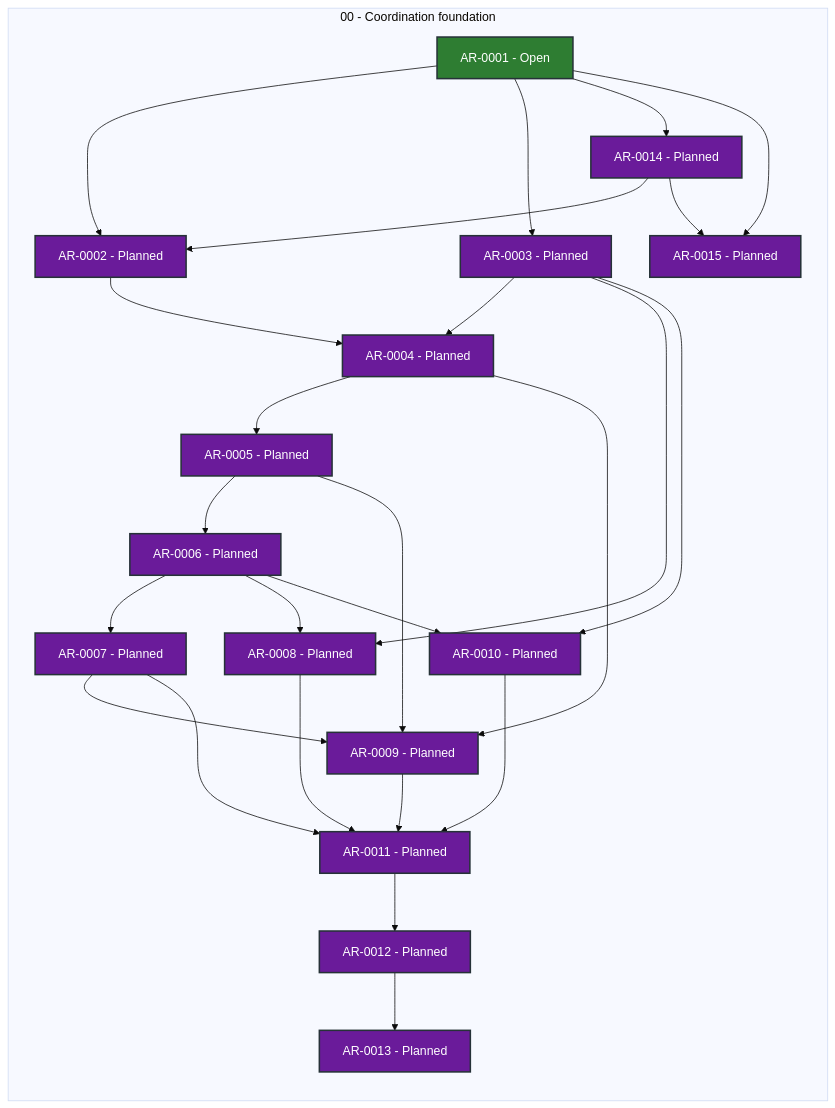
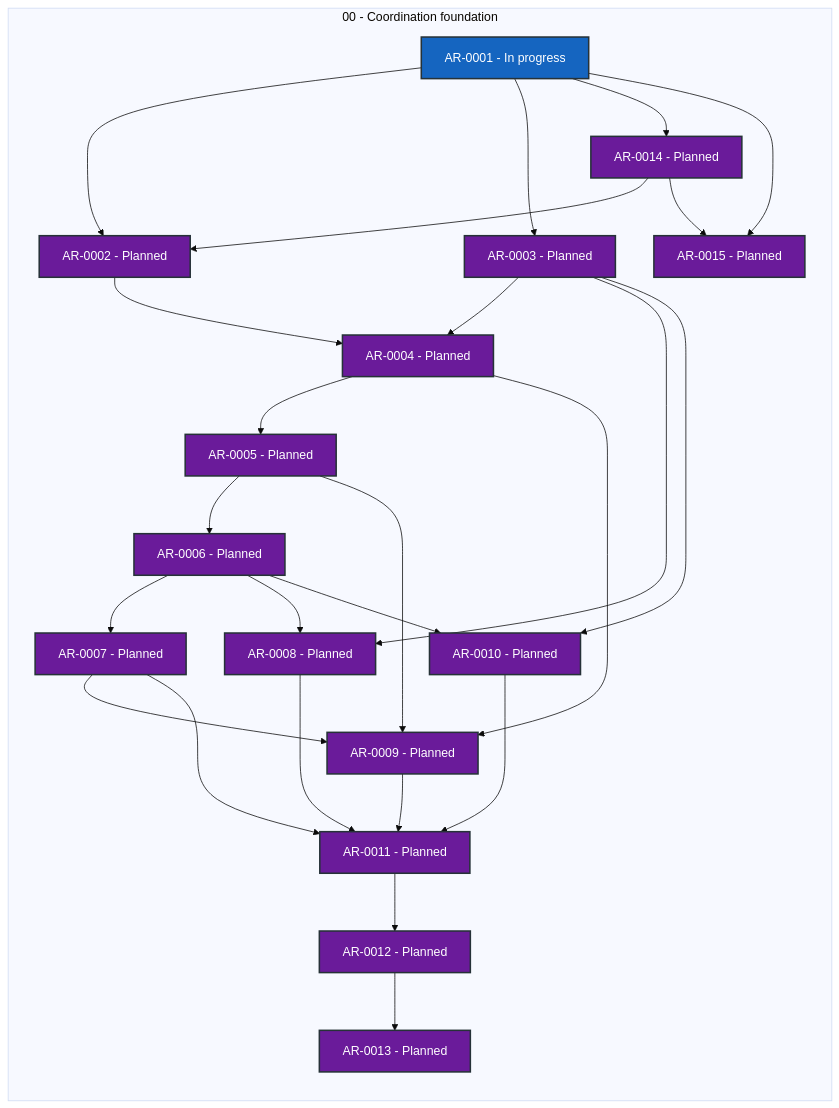
Before and after one commit to martin-beck/agent-workflow-tui-state: the diagram in STATUS.md, drawn with Mermaid (base theme). The commit also changed other lines of this file and 2 other files, not shown here.

````diff
--- a/STATUS.md
+++ b/STATUS.md
@@ -27,53 +27,53 @@
 ```mermaid
 flowchart LR
     subgraph series_00["00 - Coordination foundation"]
         direction TB
-        AR_0001["AR-0001 - Open"]:::status_open
+        AR_0001["AR-0001 - In progress"]:::status_in_progress
         AR_0002["AR-0002 - Planned"]:::status_planned
         AR_0003["AR-0003 - Planned"]:::status_planned
         AR_0004["AR-0004 - Planned"]:::status_planned
         AR_0005["AR-0005 - Planned"]:::status_planned
         AR_0006["AR-0006 - Planned"]:::status_planned
         AR_0007["AR-0007 - Planned"]:::status_planned
         AR_0008["AR-0008 - Planned"]:::status_planned
         AR_0009["AR-0009 - Planned"]:::status_planned
         AR_0010["AR-0010 - Planned"]:::status_planned
         AR_0011["AR-0011 - Planned"]:::status_planned
         AR_0012["AR-0012 - Planned"]:::status_planned
         AR_0013["AR-0013 - Planned"]:::status_planned
         AR_0014["AR-0014 - Planned"]:::status_planned
         AR_0015["AR-0015 - Planned"]:::status_planned
     end
     AR_0001 --> AR_0002
     AR_0001 --> AR_0003
     AR_0001 --> AR_0014
     AR_0001 --> AR_0015
     AR_0002 --> AR_0004
     AR_0003 --> AR_0004
     AR_0003 --> AR_0008
     AR_0003 --> AR_0010
     AR_0004 --> AR_0005
     AR_0004 --> AR_0009
     AR_0005 --> AR_0006
     AR_0005 --> AR_0009
     AR_0006 --> AR_0007
     AR_0006 --> AR_0008
     AR_0006 --> AR_0010
     AR_0007 --> AR_0009
     AR_0007 --> AR_0011
     AR_0008 --> AR_0011
     AR_0009 --> AR_0011
     AR_0010 --> AR_0011
     AR_0011 --> AR_0012
     AR_0012 --> AR_0013
     AR_0014 --> AR_0002
     AR_0014 --> AR_0015
     classDef status_in_progress fill:#1565c0,color:#ffffff,stroke:#263238,stroke-width:2px
     classDef status_open fill:#2e7d32,color:#ffffff,stroke:#263238,stroke-width:2px
     classDef status_blocked fill:#c62828,color:#ffffff,stroke:#263238,stroke-width:2px
     classDef status_planned fill:#6a1b9a,color:#ffffff,stroke:#263238,stroke-width:2px
     classDef status_future fill:#455a64,color:#ffffff,stroke:#263238,stroke-width:2px
     classDef status_done fill:#00695c,color:#ffffff,stroke:#263238,stroke-width:2px
     classDef status_cancelled fill:#616161,color:#ffffff,stroke:#263238,stroke-width:2px
     classDef status_superseded fill:#5d4037,color:#ffffff,stroke:#263238,stroke-width:2px
 ```
````
